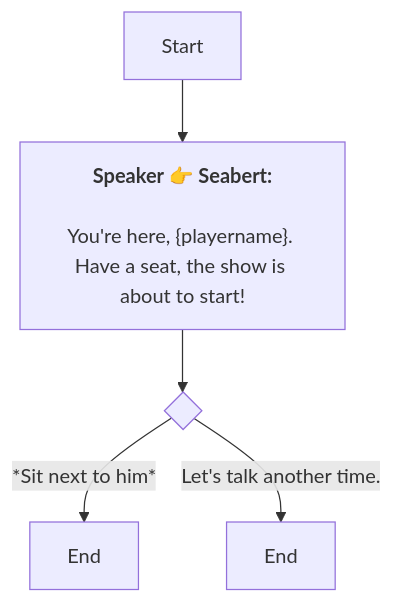
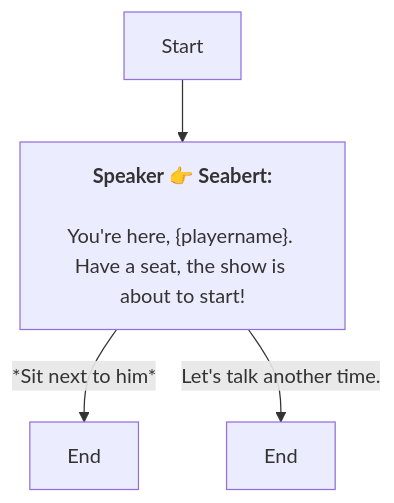
One commit to SoftHu/tos_avg changed the diagram in En/QuestStartTalkENode_1753932806842204.md. Above: the diagram before and after it, drawn with Mermaid. The commit also changed 737 other files, not shown here.

````diff
--- a/En/QuestStartTalkENode_1753932806842204.md
+++ b/En/QuestStartTalkENode_1753932806842204.md
@@ -1,10 +1,8 @@
 ```mermaid
 graph
 Start -->1753932836608863[<b>Speaker 👉 Seabert:</b>
+\nYou're here, &lbrace;playername&rbrace;. Have a seat, the show is about to start!]
+1753932836608863 -->|*Sit next to him*|1753933123549030[End]
+1753932836608863 -->|Let's talk another time.|1753933129887591[End]
 
-You're here, &lbrace;playername&rbrace;. Have a seat, the show is about to start!]
-1753932836608863 -->1753932882727777{ }
-1753932882727777 -->|*Sit next to him*|1753933123549030[End]
-1753932882727777 -->|Let's talk another time.|1753933129887591[End]
-
- ```
+```
````
